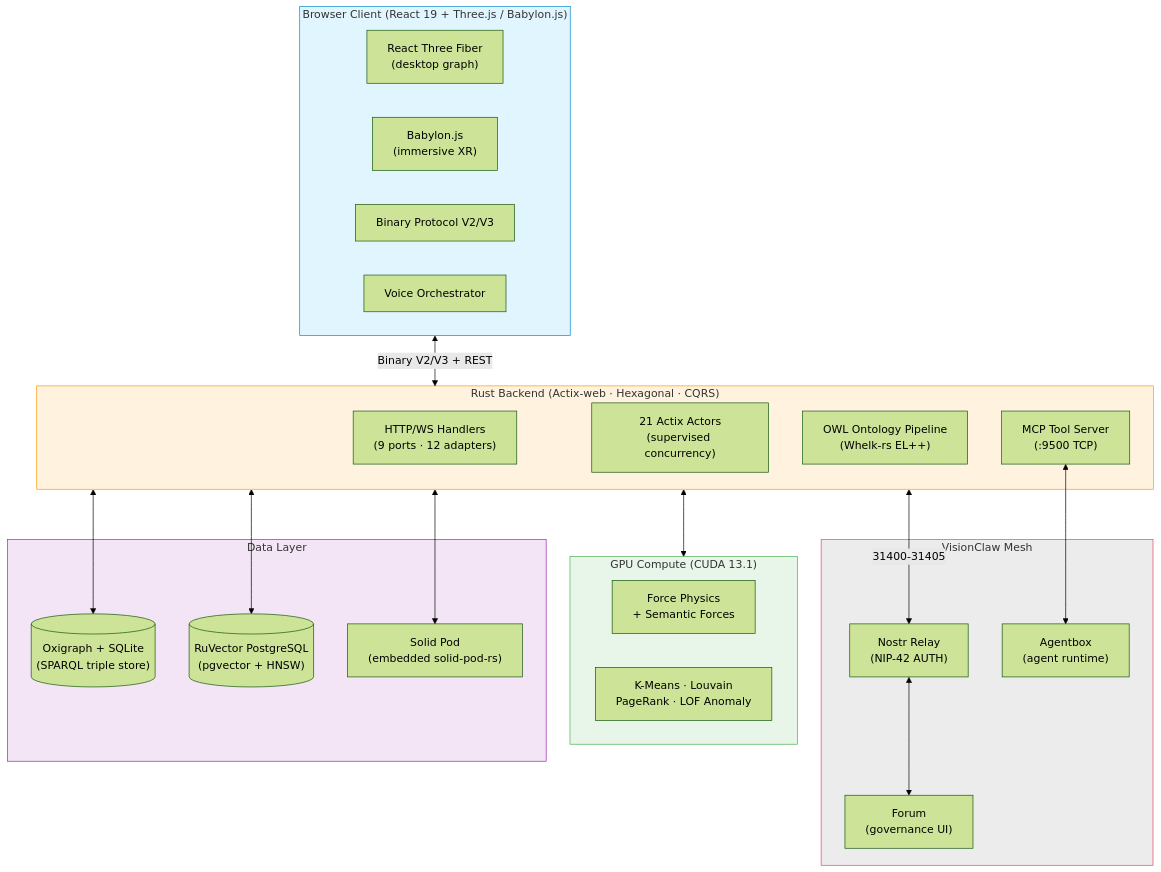
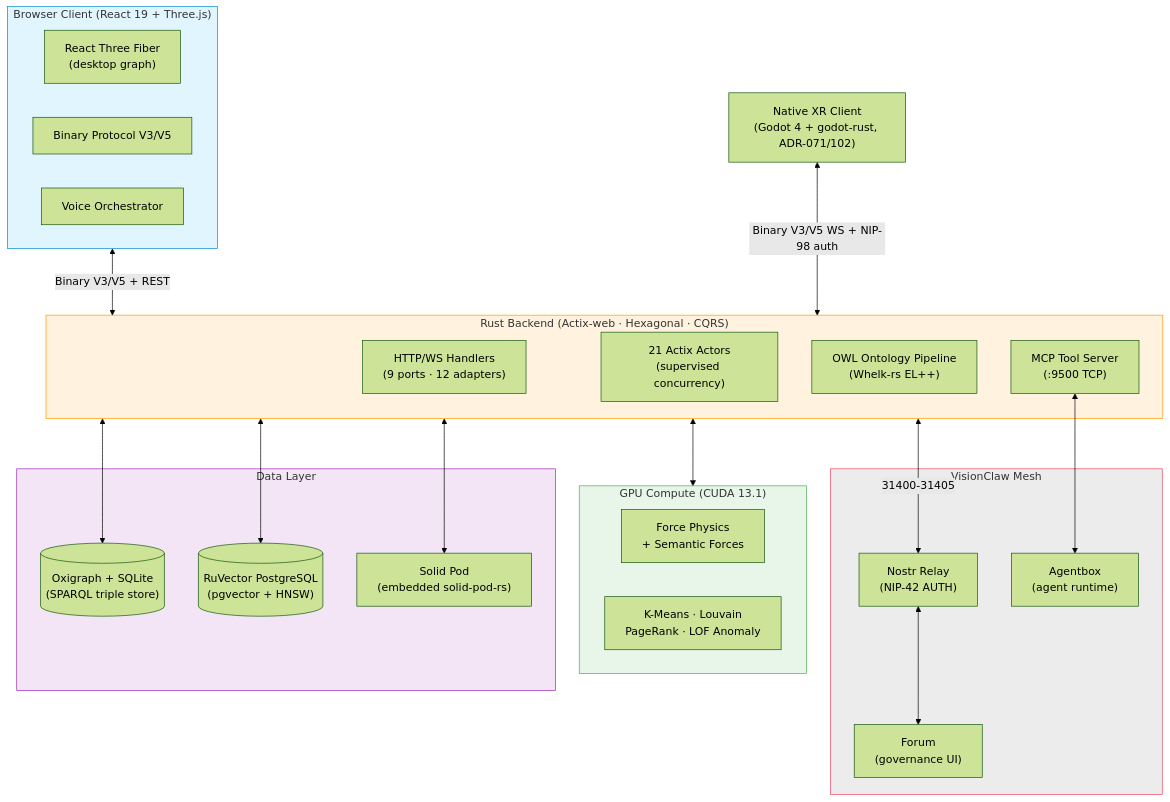
One commit to DreamLab-AI/AR-AI-Knowledge-Graph changed the third of 4 diagrams in README.md. Above: the diagram before and after it, drawn with Mermaid (forest theme). The commit also changed other lines of this file and 64 other files, not shown here.

````diff
--- a/README.md
+++ b/README.md
@@ -472,48 +472,50 @@
 ```mermaid
 flowchart TB
-    subgraph Client["Browser Client (React 19 + Three.js / Babylon.js)"]
+    subgraph Client["Browser Client (React 19 + Three.js)"]
         R3F["React Three Fiber\n(desktop graph)"]
-        BabylonXR["Babylon.js\n(immersive XR)"]
-        BinProto["Binary Protocol V2/V3"]
+        BinProto["Binary Protocol V3/V5"]
         Voice["Voice Orchestrator"]
     end
+
+    XRClient["Native XR Client\n(Godot 4 + godot-rust, ADR-071/102)"]
 
     subgraph Server["Rust Backend (Actix-web · Hexagonal · CQRS)"]
         Handlers["HTTP/WS Handlers\n(9 ports · 12 adapters)"]
         Actors["21 Actix Actors\n(supervised concurrency)"]
         Services["OWL Ontology Pipeline\n(Whelk-rs EL++)"]
         MCP["MCP Tool Server\n(:9500 TCP)"]
     end
 
     subgraph Data["Data Layer"]
         Oxigraph[("Oxigraph + SQLite\n(SPARQL triple store)")]
         RuVector[("RuVector PostgreSQL\n(pgvector + HNSW)")]
         Solid["Solid Pod\n(embedded solid-pod-rs)"]
     end
 
     subgraph GPU["GPU Compute (CUDA 13.1)"]
         Physics["Force Physics\n+ Semantic Forces"]
         Analytics["K-Means · Louvain\nPageRank · LOF Anomaly"]
     end
 
     subgraph Mesh["VisionClaw Mesh"]
         Relay["Nostr Relay\n(NIP-42 AUTH)"]
         AB["Agentbox\n(agent runtime)"]
         Forum["Forum\n(governance UI)"]
     end
 
-    Client <-->|"Binary V2/V3 + REST"| Server
+    Client <-->|"Binary V3/V5 + REST"| Server
+    XRClient <-->|"Binary V3/V5 WS + NIP-98 auth"| Server
     Server <--> Oxigraph
     Server <--> RuVector
     Server <--> Solid
     Server <--> GPU
     MCP <--> AB
     Server <-->|"31400-31405"| Relay
     Relay <--> Forum
 
     style Client fill:#e1f5ff,stroke:#0288d1
     style Server fill:#fff3e0,stroke:#ff9800
     style Data fill:#f3e5f5,stroke:#9c27b0
     style GPU fill:#e8f5e9,stroke:#4caf50
     style Mesh fill:#1a1a2e15,stroke:#e94560
 ```
````
